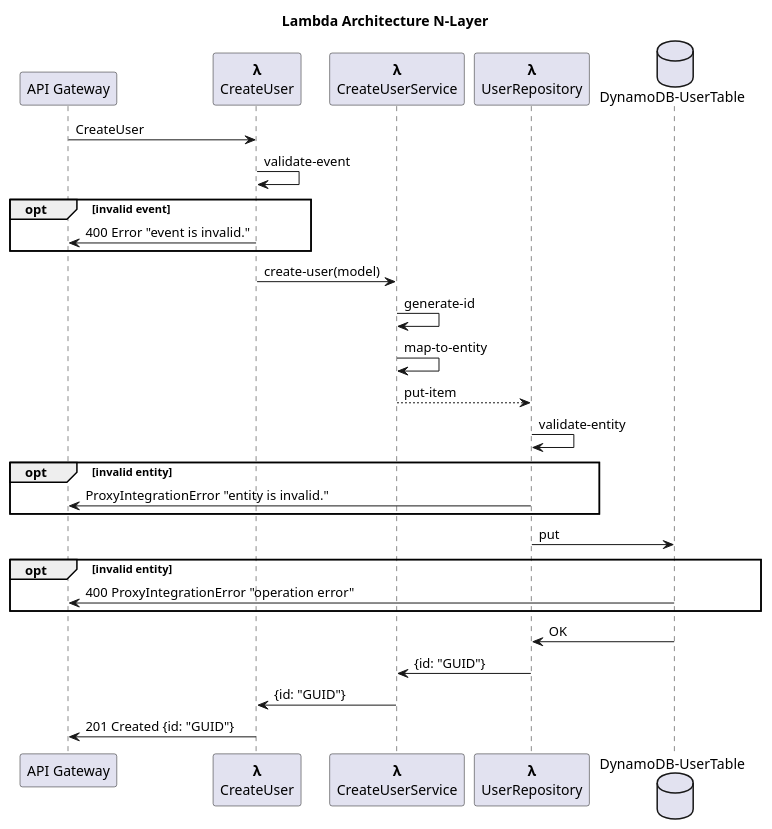
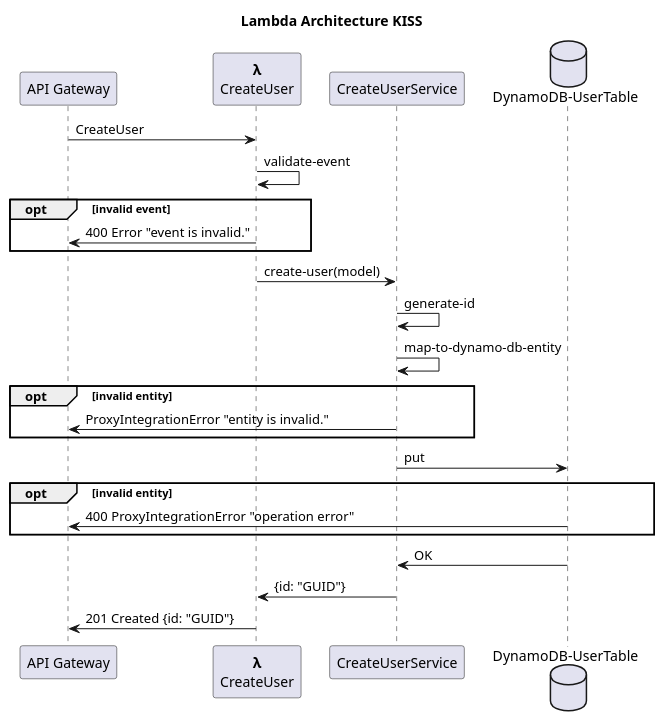
One commit to mjendza/aws-sandbox changed the diagram in doc/solution/lambda-architecture.puml. Above: the diagram before and after it, drawn with PlantUML. The commit also changed 10 other files, not shown here.

First line of the commit message:
simplified lambda code - not needed N-Layer there (#54)

```diff
--- a/doc/solution/lambda-architecture.puml
+++ b/doc/solution/lambda-architecture.puml
@@ -1,39 +1,36 @@
 @startuml
 ' to generate svg from puml use:
 ' plantuml -tsvg CreateCustomer.puml
 ' details https://plantuml.com/command-line
-title Lambda Architecture N-Layer
+title Lambda Architecture KISS
 
 participant "API Gateway" as API
 participant "**<U+03BB>**\nCreateUser" as handler
-participant "**<U+03BB>**\nCreateUserService" as service
-participant "**<U+03BB>**\nUserRepository" as repository
+participant "CreateUserService" as service
 database "DynamoDB-UserTable" as DynamoDB
 
 
 API -> handler: CreateUser
 
 handler -> handler: validate-event
 opt invalid event
     handler -> API: 400 Error "event is invalid."
 end
 handler -> service: create-user(model)
 service -> service: generate-id
-service -> service: map-to-entity
+service -> service: map-to-dynamo-db-entity
 
-service --> repository: put-item
-repository -> repository: validate-entity
 opt invalid entity
-    repository -> API: ProxyIntegrationError "entity is invalid."
+    service -> API: ProxyIntegrationError "entity is invalid."
 end
 
-repository -> DynamoDB: put
+service -> DynamoDB: put
 opt invalid entity
     DynamoDB -> API: 400 ProxyIntegrationError "operation error"
 end
-DynamoDB -> repository: OK
-repository -> service: {id: "GUID"}
+
+DynamoDB -> service: OK
 service -> handler: {id: "GUID"}
 handler -> API: 201 Created {id: "GUID"}
 
 @enduml
```
